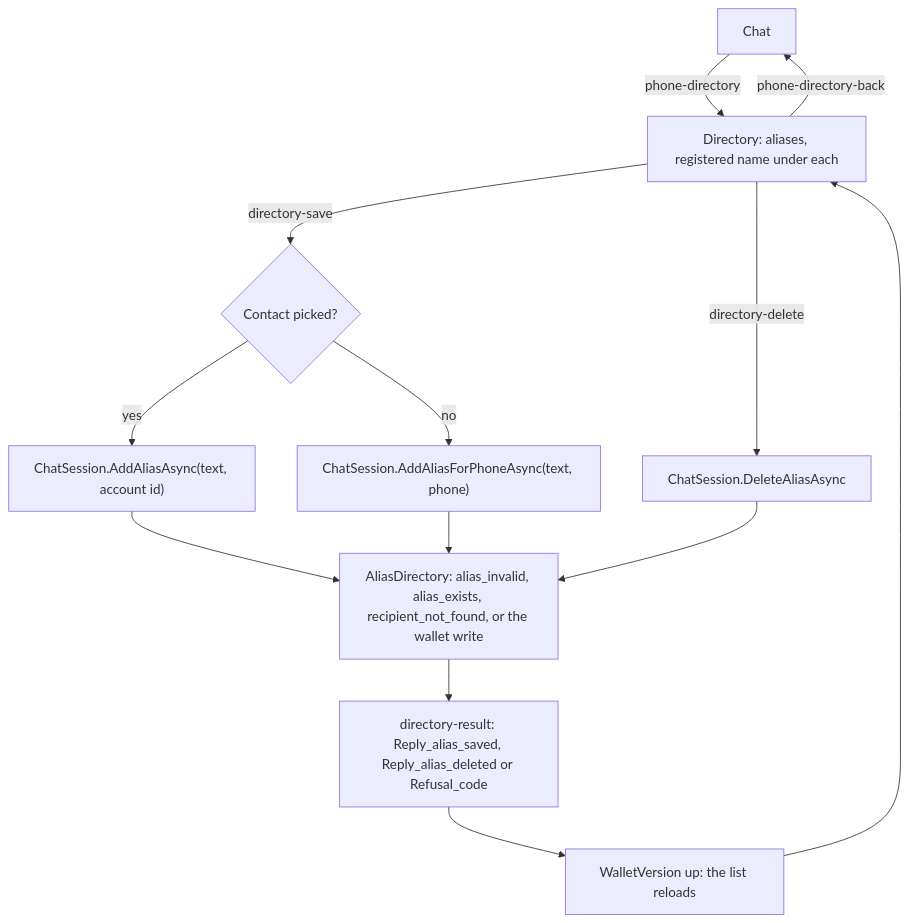
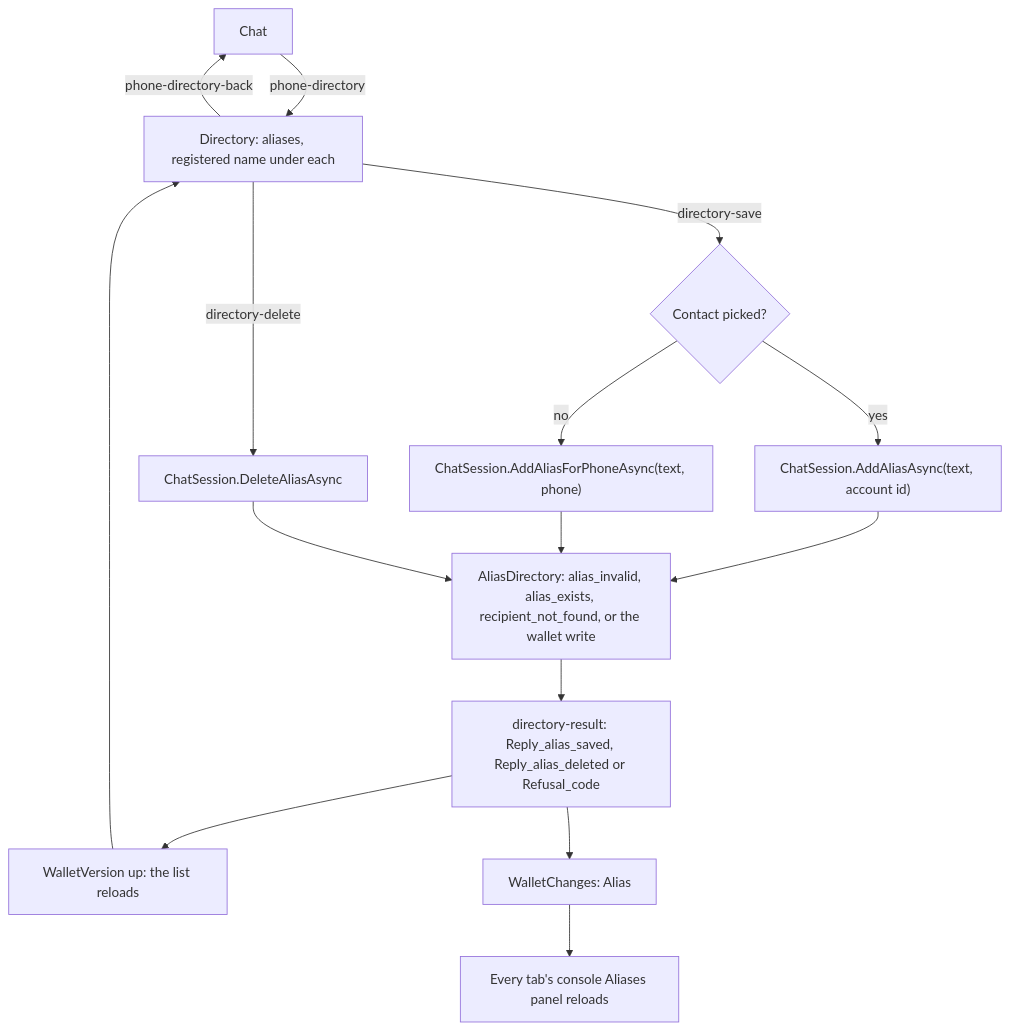
The fifth of 9 diagrams in docs/agent-web.md (Khalil-Alhadidi/Naqoli), drawn with Mermaid before and after one commit. The commit also changed other lines of this file and 17 other files, not shown here.

````diff
--- a/docs/agent-web.md
+++ b/docs/agent-web.md
@@ -294,15 +315,17 @@
 ```mermaid
 flowchart TD
     chat["Chat"] -- "phone-directory" --> dir["Directory: aliases, registered name under each"]
     dir -- "phone-directory-back" --> chat
     dir -- "directory-delete" --> del["ChatSession.DeleteAliasAsync"]
     dir -- "directory-save" --> pick{"Contact picked?"}
     pick -- yes --> add["ChatSession.AddAliasAsync(text, account id)"]
     pick -- no --> addPhone["ChatSession.AddAliasForPhoneAsync(text, phone)"]
     add --> agent["AliasDirectory: alias_invalid, alias_exists, recipient_not_found, or the wallet write"]
     addPhone --> agent
     del --> agent
     agent --> result["directory-result: Reply_alias_saved, Reply_alias_deleted or Refusal_code"]
     result --> reload["WalletVersion up: the list reloads"]
     reload --> dir
+    result --> notify["WalletChanges: Alias"]
+    notify --> console["Every tab's console Aliases panel reloads"]
 ```
````
